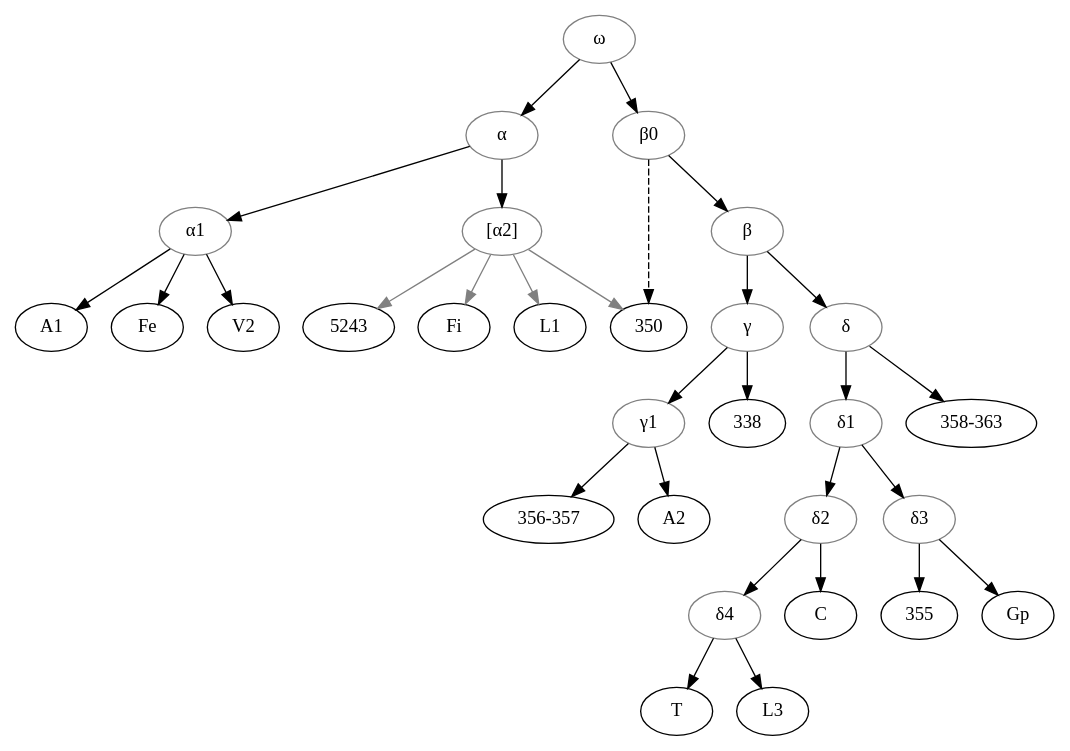
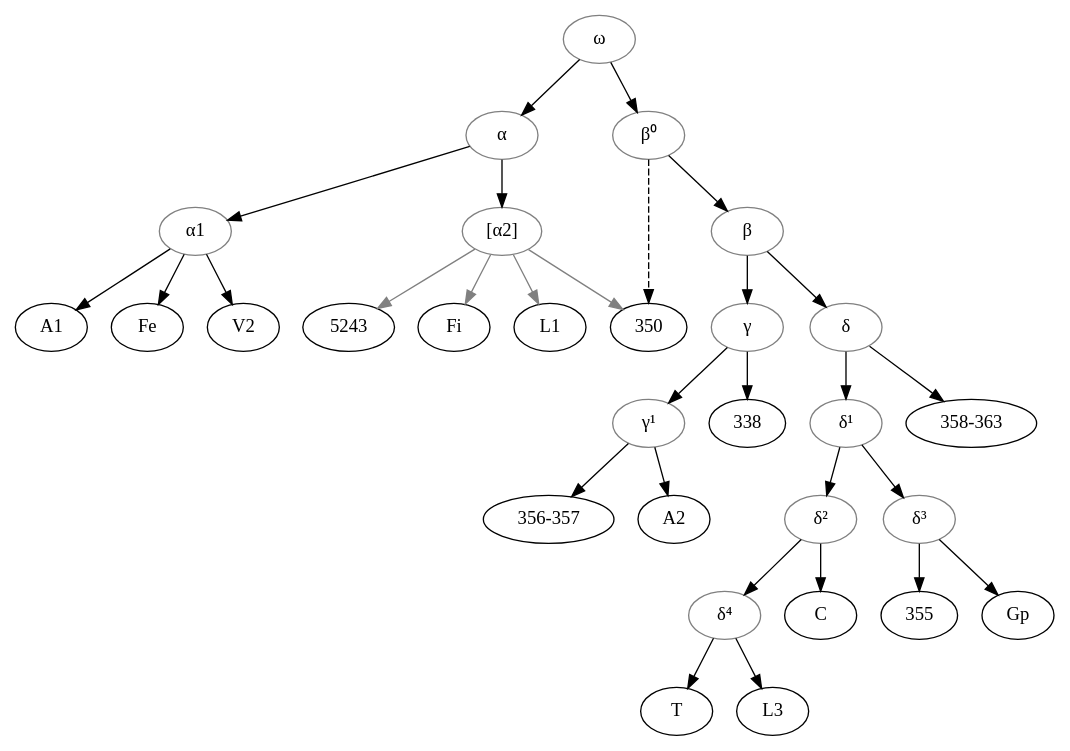
The diagram in data/fro/LeonardiTrachsler_2015_Meliadus1/stemma.gv (OpenStemmata/database), drawn with Graphviz before and after one commit. The commit also changed 12 other files, not shown here.

```diff
--- a/data/fro/LeonardiTrachsler_2015_Meliadus1/stemma.gv
+++ b/data/fro/LeonardiTrachsler_2015_Meliadus1/stemma.gv
@@ -1,50 +1,50 @@
 digraph {
 alpha[label="α", color="grey"];
 alpha1[label="α1", color="grey"];  
 alpha2[label="[α2]", color="grey"];  
 beta[label="β", color="grey"];
-betaZero[label="β0", color="grey"];
+betaZero[label="β⁰", color="grey"];
 gamma[label="γ", color="grey"];
-gamma1[label="γ1", color="grey"];
+gamma1[label="γ¹", color="grey"];
 
 delta[label="δ", color="grey"]
-delta1[label="δ1", color="grey"];
-delta2[label="δ2", color="grey"];
-delta3[label="δ3", color="grey"];
-delta4[label="δ4", color="grey"];
+delta1[label="δ¹", color="grey"];
+delta2[label="δ²", color="grey"];
+delta3[label="δ³", color="grey"];
+delta4[label="δ⁴", color="grey"];
 omega[label="ω", color="grey"];
 356[label="356-357"]
 358[label="358-363"]
 
 omega->alpha;
 alpha->alpha1;
 alpha1->A1;
 alpha1->Fe;
 alpha1->V2;
 alpha->alpha2;
 alpha2->5243[color="grey"];
 alpha2->Fi[color="grey"];
 alpha2->L1[color="grey"];
 alpha2->350[color="grey"];
 
 omega->betaZero;
 betaZero->350[style="dashed"]
 betaZero->beta;
 beta->gamma;
 gamma->338;
 gamma->gamma1;
 gamma1->356;
 gamma1->A2;
 beta->delta;
 delta->358;
 delta->delta1;
 delta1->delta2;
 delta2->C;
 delta2->delta4;
 delta4->T;
 delta4->L3;
 delta1->delta3;
 delta3->355;
 delta3->Gp;
 
 }
```
